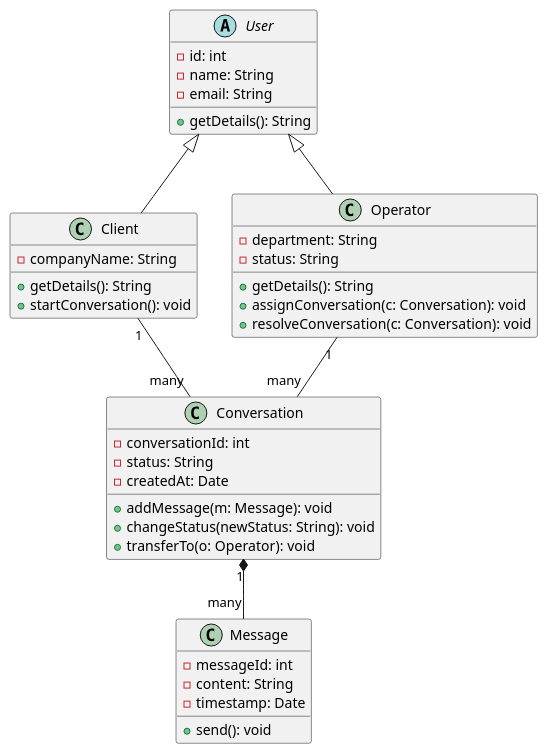
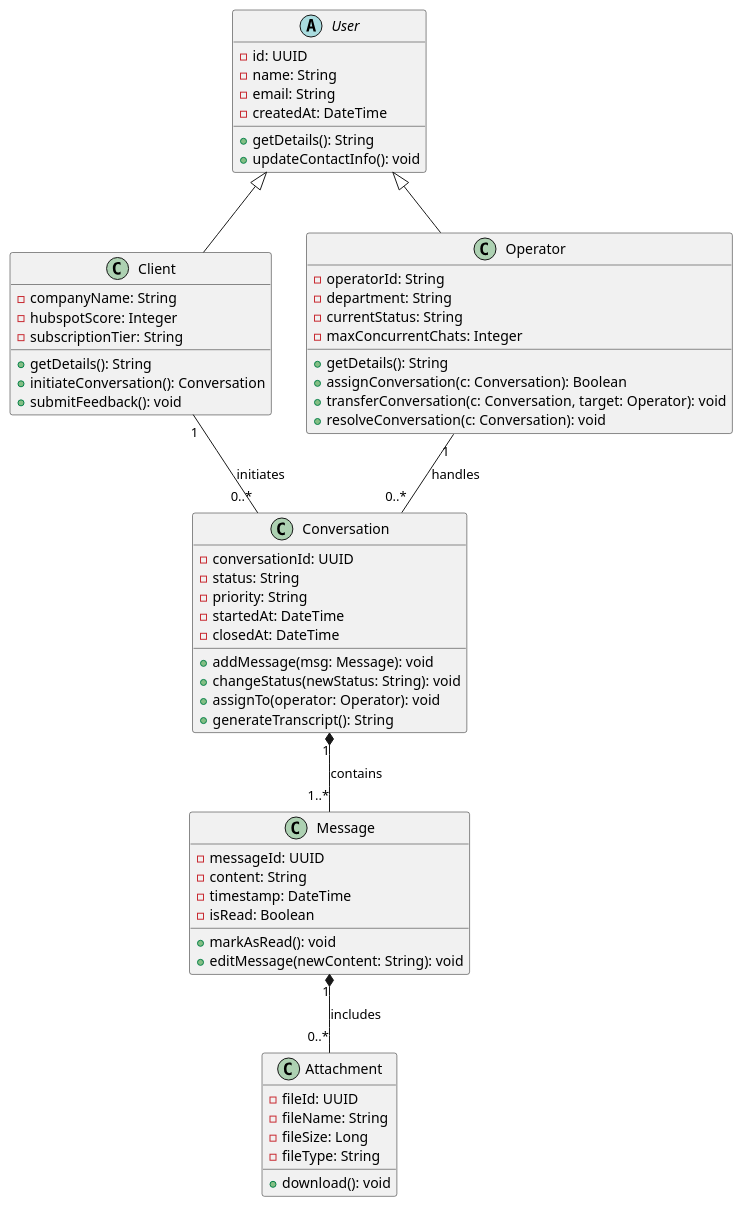
The diagram in lab_1/class_diagram.puml (Kapitoshka-a/software_documentation), drawn with PlantUML before and after one commit. The commit also changed other lines of this file and 12 other files, not shown here.

```diff
--- a/lab_1/class_diagram.puml
+++ b/lab_1/class_diagram.puml
@@ -2,44 +1,60 @@
 @startuml
 abstract class User {
-  - id: int
-  - name: String
-  - email: String
-  + getDetails(): String
+- id: UUID
+- name: String
+- email: String
+- createdAt: DateTime
++ getDetails(): String
++ updateContactInfo(): void
 }
-
 class Client {
-  - companyName: String
-  + getDetails(): String
-  + startConversation(): void
+- companyName: String
+- hubspotScore: Integer
+- subscriptionTier: String
++ getDetails(): String
++ initiateConversation(): Conversation
++ submitFeedback(): void
 }
-
 class Operator {
-  - department: String
-  - status: String
-  + getDetails(): String
-  + assignConversation(c: Conversation): void
-  + resolveConversation(c: Conversation): void
+- operatorId: String
+- department: String
+- currentStatus: String
+- maxConcurrentChats: Integer
++ getDetails(): String
++ assignConversation(c: Conversation): Boolean
++ transferConversation(c: Conversation, target: Operator): void
++ resolveConversation(c: Conversation): void
 }
-
 class Conversation {
-  - conversationId: int
-  - status: String
-  - createdAt: Date
-  + addMessage(m: Message): void
-  + changeStatus(newStatus: String): void
-  + transferTo(o: Operator): void
+- conversationId: UUID
+- status: String
+- priority: String
+- startedAt: DateTime
+- closedAt: DateTime
++ addMessage(msg: Message): void
++ changeStatus(newStatus: String): void
++ assignTo(operator: Operator): void
++ generateTranscript(): String
 }
-
 class Message {
-  - messageId: int
-  - content: String
-  - timestamp: Date
-  + send(): void
+- messageId: UUID
+- content: String
+- timestamp: DateTime
+- isRead: Boolean
++ markAsRead(): void
++ editMessage(newContent: String): void
 }
-
+class Attachment {
+- fileId: UUID
+- fileName: String
+- fileSize: Long
+- fileType: String
++ download(): void
+}
 User <|-- Client
 User <|-- Operator
-Conversation "1" *-- "many" Message
-Client "1" -- "many" Conversation
-Operator "1" -- "many" Conversation
+Client "1" -- "0..*" Conversation : initiates
+Operator "1" -- "0..*" Conversation : handles
+Conversation "1" *-- "1..*" Message : contains
+Message "1" *-- "0..*" Attachment : includes
 @enduml
```
